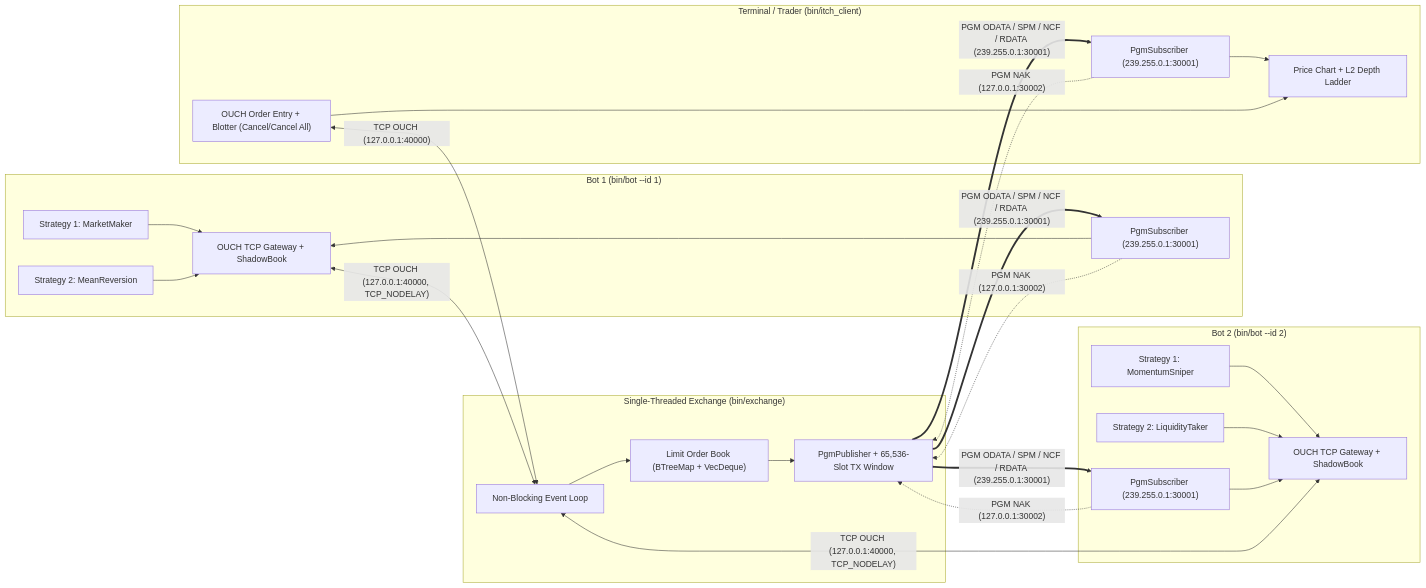
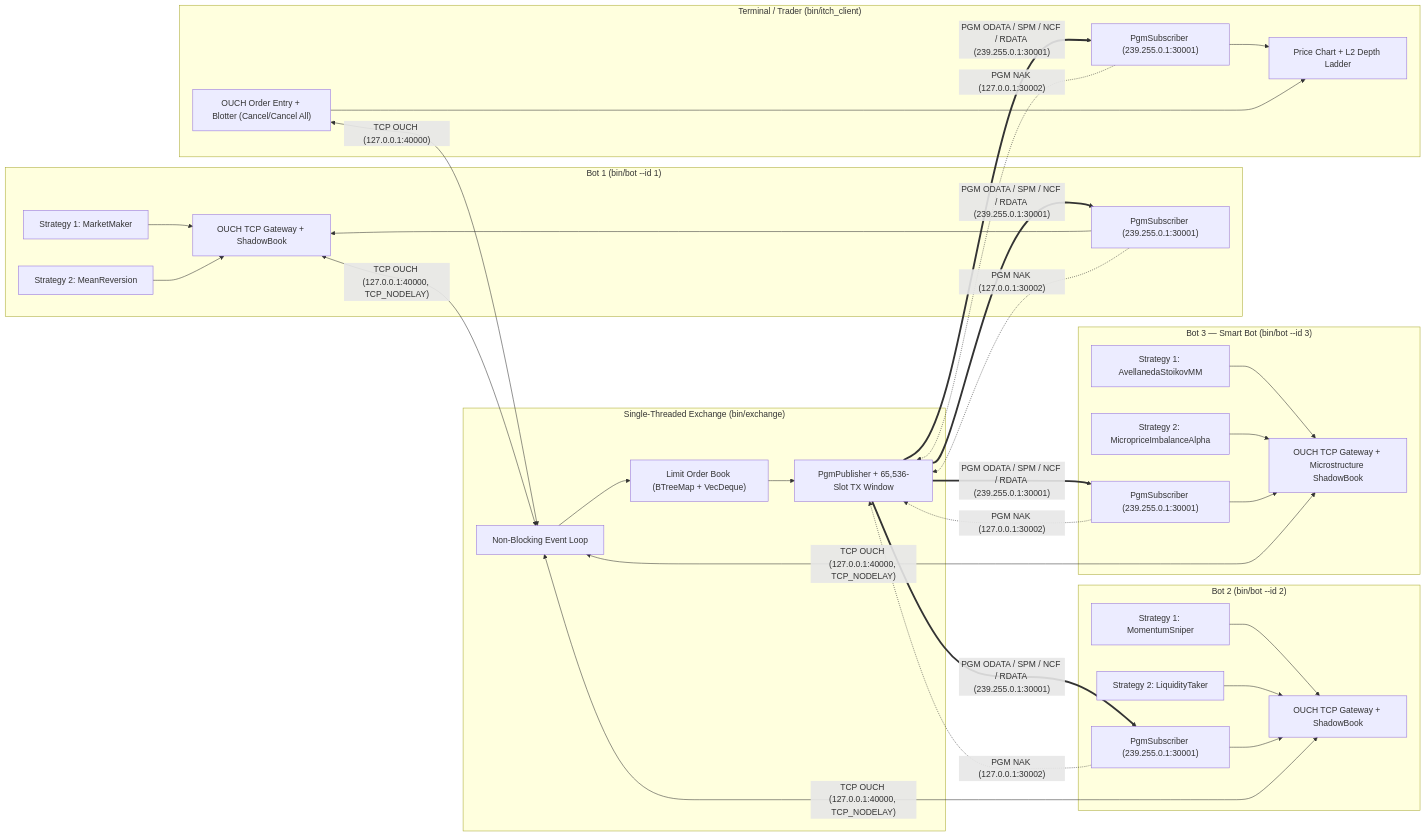
One commit to yesmanchyk/nasdaq changed the diagram in itch-ouch-sim/README.md. Above: the diagram before and after it, drawn with Mermaid. The commit also changed other lines of this file and 4 other files, not shown here.

Commit message:
Add smart quantitative trading bot (Bot 3: Avellaneda-Stoikov MM + Microprice/OBI Alpha)

````diff
--- a/itch-ouch-sim/README.md
+++ b/itch-ouch-sim/README.md
@@ -9,47 +9,60 @@
 ```mermaid
 flowchart LR
     subgraph Bot1["Bot 1 (bin/bot --id 1)"]
         B1S1["Strategy 1: MarketMaker"]
         B1S2["Strategy 2: MeanReversion"]
         B1GW["OUCH TCP Gateway + ShadowBook"]
         B1PGM["PgmSubscriber (239.255.0.1:30001)"]
         B1S1 --> B1GW
         B1S2 --> B1GW
         B1PGM --> B1GW
     end
 
     subgraph Bot2["Bot 2 (bin/bot --id 2)"]
         B2S1["Strategy 1: MomentumSniper"]
         B2S2["Strategy 2: LiquidityTaker"]
         B2GW["OUCH TCP Gateway + ShadowBook"]
         B2PGM["PgmSubscriber (239.255.0.1:30001)"]
         B2S1 --> B2GW
         B2S2 --> B2GW
         B2PGM --> B2GW
     end
 
+    subgraph Bot3["Bot 3 — Smart Bot (bin/bot --id 3)"]
+        B3S1["Strategy 1: AvellanedaStoikovMM"]
+        B3S2["Strategy 2: MicropriceImbalanceAlpha"]
+        B3GW["OUCH TCP Gateway + Microstructure ShadowBook"]
+        B3PGM["PgmSubscriber (239.255.0.1:30001)"]
+        B3S1 --> B3GW
+        B3S2 --> B3GW
+        B3PGM --> B3GW
+    end
+
     subgraph GUI["Terminal / Trader (bin/itch_client)"]
         GUI_CHART["Price Chart + L2 Depth Ladder"]
         GUI_OE["OUCH Order Entry + Blotter (Cancel/Cancel All)"]
         GUI_PGM["PgmSubscriber (239.255.0.1:30001)"]
         GUI_PGM --> GUI_CHART
         GUI_OE --> GUI_CHART
     end
 
     subgraph Exchange["Single-Threaded Exchange (bin/exchange)"]
         EL["Non-Blocking Event Loop"]
         OB["Limit Order Book (BTreeMap + VecDeque)"]
         PGM["PgmPublisher + 65,536-Slot TX Window"]
         EL --> OB --> PGM
     end
 
     B1GW <-- "TCP OUCH (127.0.0.1:40000, TCP_NODELAY)" --> EL
     B2GW <-- "TCP OUCH (127.0.0.1:40000, TCP_NODELAY)" --> EL
+    B3GW <-- "TCP OUCH (127.0.0.1:40000, TCP_NODELAY)" --> EL
     GUI_OE <-- "TCP OUCH (127.0.0.1:40000)" --> EL
     PGM == "PGM ODATA / SPM / NCF / RDATA (239.255.0.1:30001)" ==> B1PGM
     PGM == "PGM ODATA / SPM / NCF / RDATA (239.255.0.1:30001)" ==> B2PGM
+    PGM == "PGM ODATA / SPM / NCF / RDATA (239.255.0.1:30001)" ==> B3PGM
     PGM == "PGM ODATA / SPM / NCF / RDATA (239.255.0.1:30001)" ==> GUI_PGM
     B1PGM -. "PGM NAK (127.0.0.1:30002)" .-> PGM
     B2PGM -. "PGM NAK (127.0.0.1:30002)" .-> PGM
+    B3PGM -. "PGM NAK (127.0.0.1:30002)" .-> PGM
     GUI_PGM -. "PGM NAK (127.0.0.1:30002)" .-> PGM
 ```
````
